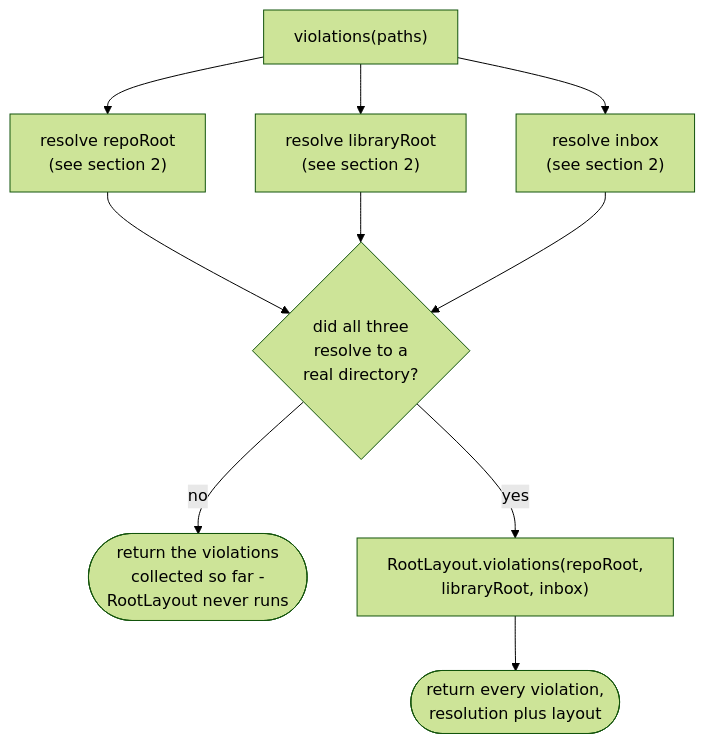
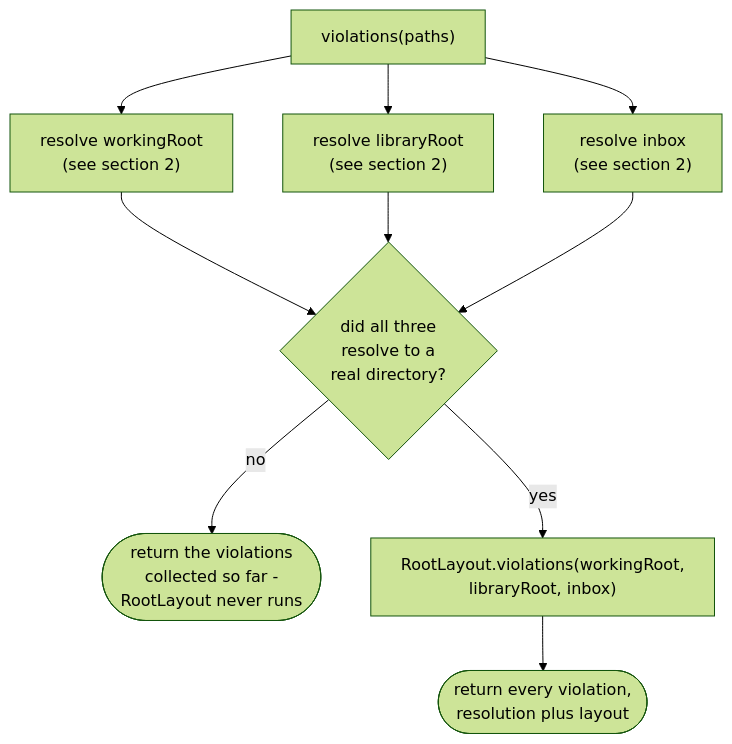
One commit to AdrianNachev91/sluice changed the first of 2 diagrams in app/docs/design/application/service/path-validation-service.md. Above: the diagram before and after it, drawn with Mermaid (forest theme). The commit also changed other lines of this file and 41 other files, not shown here.

First line of the commit message:
refactor: rename repoRoot/repo-root to workingRoot/working-root

````diff
--- a/app/docs/design/application/service/path-validation-service.md
+++ b/app/docs/design/application/service/path-validation-service.md
@@ -22,12 +22,12 @@
 ```mermaid
 flowchart TD
-    A["violations(paths)"] --> B["resolve repoRoot<br/>(see section 2)"]
+    A["violations(paths)"] --> B["resolve workingRoot<br/>(see section 2)"]
     A --> C["resolve libraryRoot<br/>(see section 2)"]
     A --> D["resolve inbox<br/>(see section 2)"]
     B --> E{"did all three<br/>resolve to a<br/>real directory?"}
     C --> E
     D --> E
     E -- no --> F(["return the violations<br/>collected so far -<br/>RootLayout never runs"])
-    E -- yes --> G["RootLayout.violations(repoRoot,<br/>libraryRoot, inbox)"]
+    E -- yes --> G["RootLayout.violations(workingRoot,<br/>libraryRoot, inbox)"]
     G --> H(["return every violation,<br/>resolution plus layout"])
 ```
````
